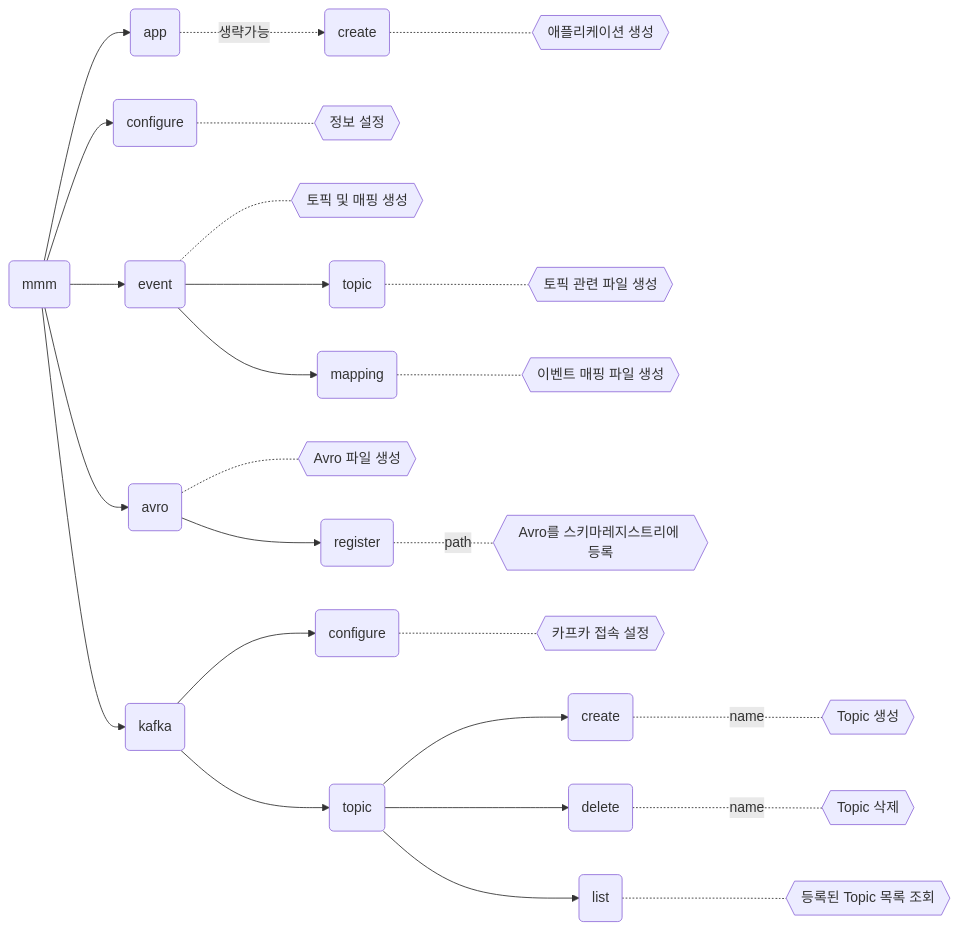
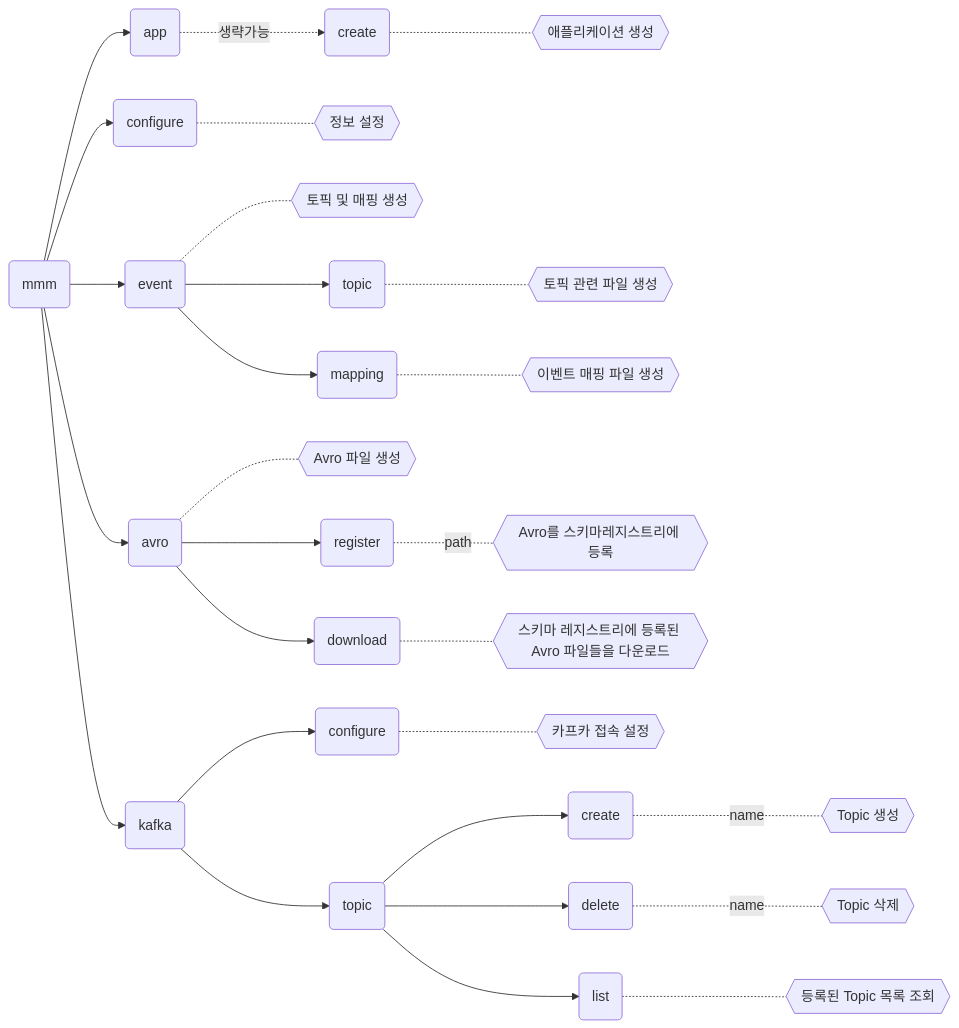
Before and after one commit to monolith-taehyun/mommos-cli: the diagram in README.md, drawn with Mermaid. The commit also changed other lines of this file, not shown here.

First line of the commit message:
docs: avro download 명령어 설명 추가

````diff
--- a/README.md
+++ b/README.md
@@ -61,26 +61,27 @@
 ```mermaid
 graph LR
 
 Main(mmm) --> APP(app)
 Main --> CONF(configure)
 Main --> EVENT(event)
 Main --> AVRO(avro)
 Main --> KAFKA(kafka)
 
 APP -.-> |생략가능| APP_CREATE(create) -.- ACR{{애플리케이션 생성}}
 
 CONF -.- CONF_DESC{{정보 설정}}
 
 EVENT -.- ER{{토픽 및 매핑 생성}}
 EVENT --> EVENT_TOPIC(topic) -.- ETR{{토픽 관련 파일 생성}}
 EVENT --> EVENT_MAPPING(mapping) -.- EMR{{이벤트 매핑 파일 생성}}
 
 AVRO -.- AVCR{{Avro 파일 생성}}
 AVRO --> AVRO_REGISTER(register) -.- |path| AVREGR{{Avro를 스키마레지스트리에 등록}}
+AVRO --> AVRO_DOWNLOAD(download) -.- AVDOWR{{스키마 레지스트리에 등록된 Avro 파일들을 다운로드}}
 
 KAFKA --> KAFKA_CONF(configure) -.- KTCONFR{{카프카 접속 설정}}
 KAFKA --> KAFKA_TOPIC(topic)
 KAFKA_TOPIC --> KAFKA_TOPIC_CREATE(create) -.- |name|KTCR{{Topic 생성}}
 KAFKA_TOPIC --> KAFKA_TOPIC_DELETE(delete) -.- |name|KTDR{{Topic 삭제}}
 KAFKA_TOPIC --> KAFKA_TOPIC_LIST(list) -.- KTLR{{등록된 Topic 목록 조회}}
 ```
````
